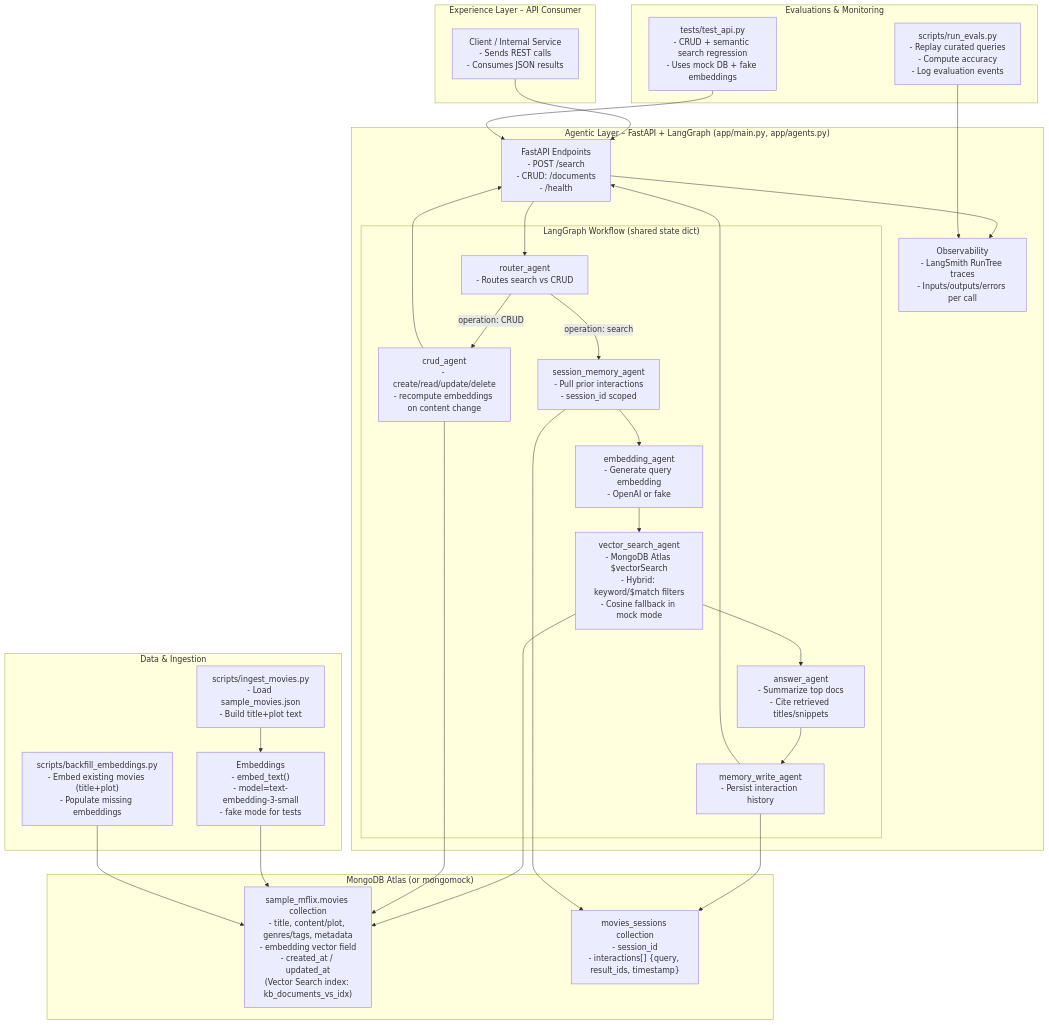
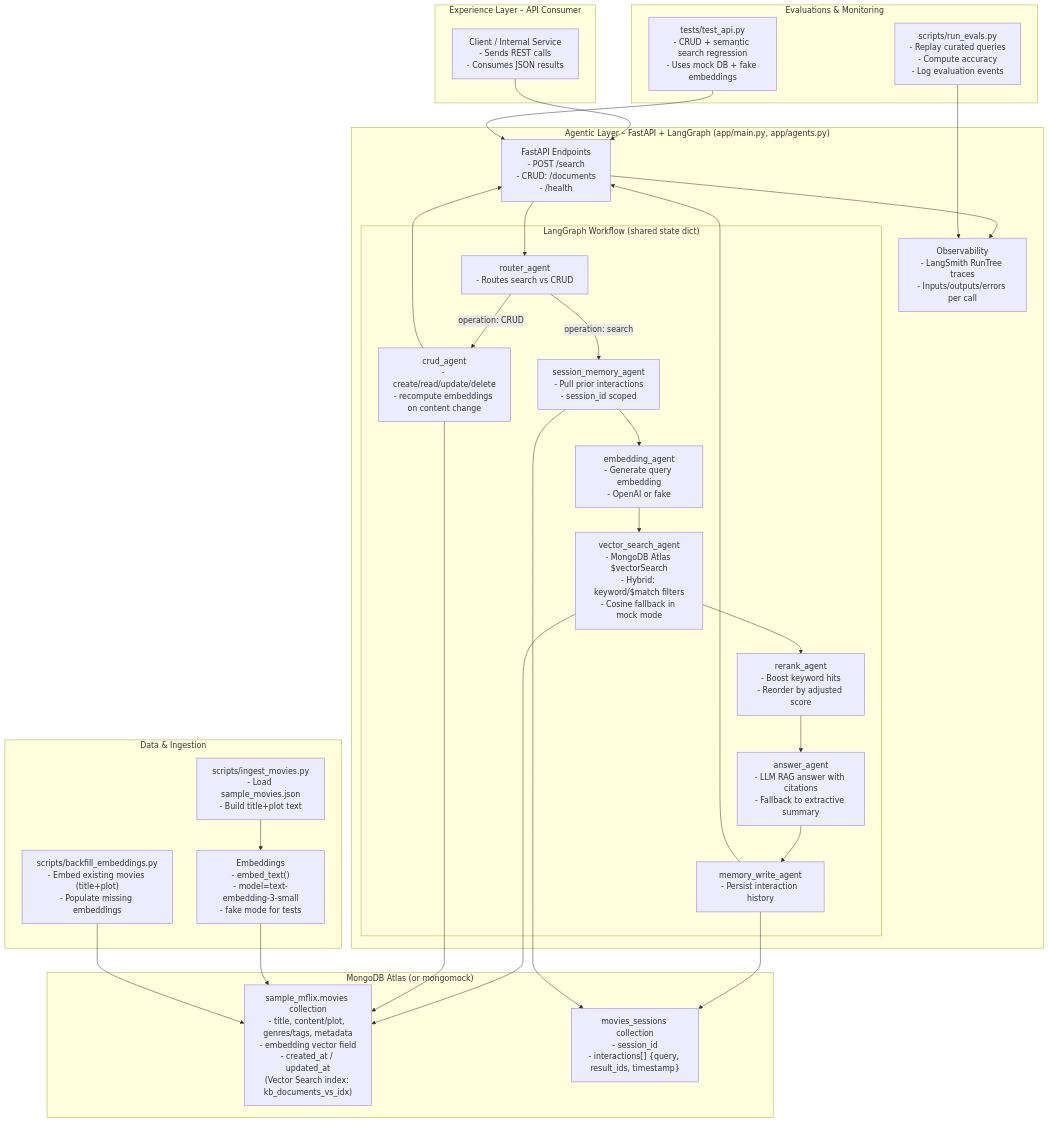
The diagram in flowchart_docsearch.mmd (bassemfg/doc-search), drawn with Mermaid before and after one commit. The commit also changed 10 other files, not shown here.

```diff
--- a/flowchart_docsearch.mmd
+++ b/flowchart_docsearch.mmd
@@ -1,61 +1,62 @@
 flowchart TB
     %% ========= LAYER 1: EXPERIENCE =========
     subgraph CLIENT["Experience Layer – API Consumer"]
         USER["Client / Internal Service\n- Sends REST calls\n- Consumes JSON results"]
     end
 
     %% ========= LAYER 2: AGENTIC ORCHESTRATION =========
     subgraph AGENTS["Agentic Layer – FastAPI + LangGraph (app/main.py, app/agents.py)"]
         API["FastAPI Endpoints\n- POST /search\n- CRUD: /documents\n- /health"]
 
         subgraph GRAPH["LangGraph Workflow (shared state dict)"]
             ROUTER["router_agent\n- Routes search vs CRUD"]
             SESSION["session_memory_agent\n- Pull prior interactions\n- session_id scoped"]
             EMB["embedding_agent\n- Generate query embedding\n- OpenAI or fake"]
             VS["vector_search_agent\n- MongoDB Atlas $vectorSearch\n- Hybrid: keyword/$match filters\n- Cosine fallback in mock mode"]
-            ANSWER["answer_agent\n- Summarize top docs\n- Cite retrieved titles/snippets"]
+            RERANK["rerank_agent\n- Boost keyword hits\n- Reorder by adjusted score"]
+            ANSWER["answer_agent\n- LLM RAG answer with citations\n- Fallback to extractive summary"]
             MEMWRITE["memory_write_agent\n- Persist interaction history"]
             CRUD["crud_agent\n- create/read/update/delete\n- recompute embeddings on content change"]
         end
 
         OBS["Observability\n- LangSmith RunTree traces\n- Inputs/outputs/errors per call"]
     end
 
     %% ========= LAYER 3: DATA & INGESTION =========
     subgraph ETL["Data & Ingestion"]
         INGEST["scripts/ingest_movies.py\n- Load sample_movies.json\n- Build title+plot text"]
         EMBED["Embeddings\n- embed_text()\n- model=text-embedding-3-small\n- fake mode for tests"]
         BACKFILL["scripts/backfill_embeddings.py\n- Embed existing movies (title+plot)\n- Populate missing embeddings"]
     end
 
     subgraph DB["MongoDB Atlas (or mongomock)"]
         DOCS["sample_mflix.movies collection\n- title, content/plot, genres/tags, metadata\n- embedding vector field\n- created_at / updated_at\n(Vector Search index: kb_documents_vs_idx)"]
         SESS["movies_sessions collection\n- session_id\n- interactions[] {query, result_ids, timestamp}"]
     end
 
     subgraph EVALS["Evaluations & Monitoring"]
         RUN_EVALS["scripts/run_evals.py\n- Replay curated queries\n- Compute accuracy\n- Log evaluation events"]
         TESTS["tests/test_api.py\n- CRUD + semantic search regression\n- Uses mock DB + fake embeddings"]
     end
 
     %% ========= CONNECTIONS =========
     USER --> API
     API --> ROUTER
 
-    ROUTER -->|operation: search| SESSION --> EMB --> VS --> ANSWER --> MEMWRITE --> API
+    ROUTER -->|operation: search| SESSION --> EMB --> VS --> RERANK --> ANSWER --> MEMWRITE --> API
     ROUTER -->|operation: CRUD| CRUD --> API
 
     VS --> DOCS
     CRUD --> DOCS
     MEMWRITE --> SESS
     SESSION --> SESS
 
     API --> OBS
     RUN_EVALS --> OBS
 
     %% Ingestion path
     INGEST --> EMBED --> DOCS
     BACKFILL --> DOCS
 
     %% Tests stay local
     TESTS --> API
```
